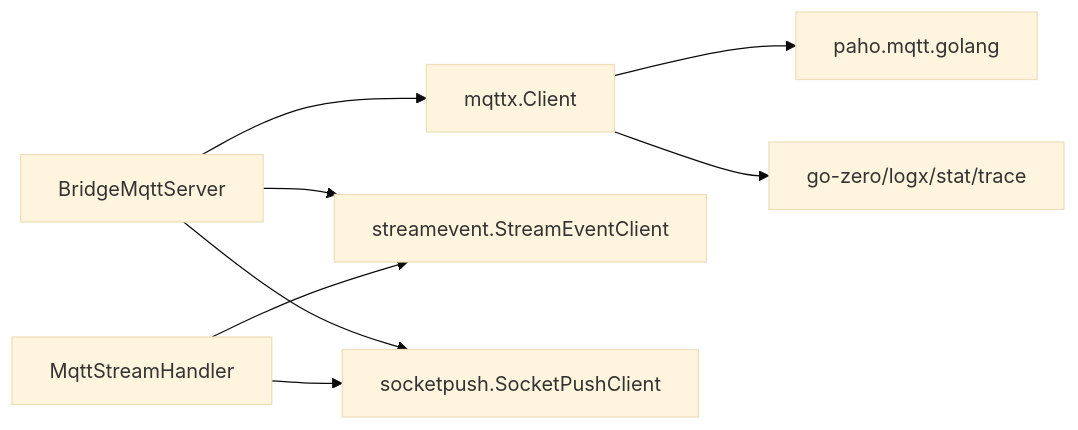
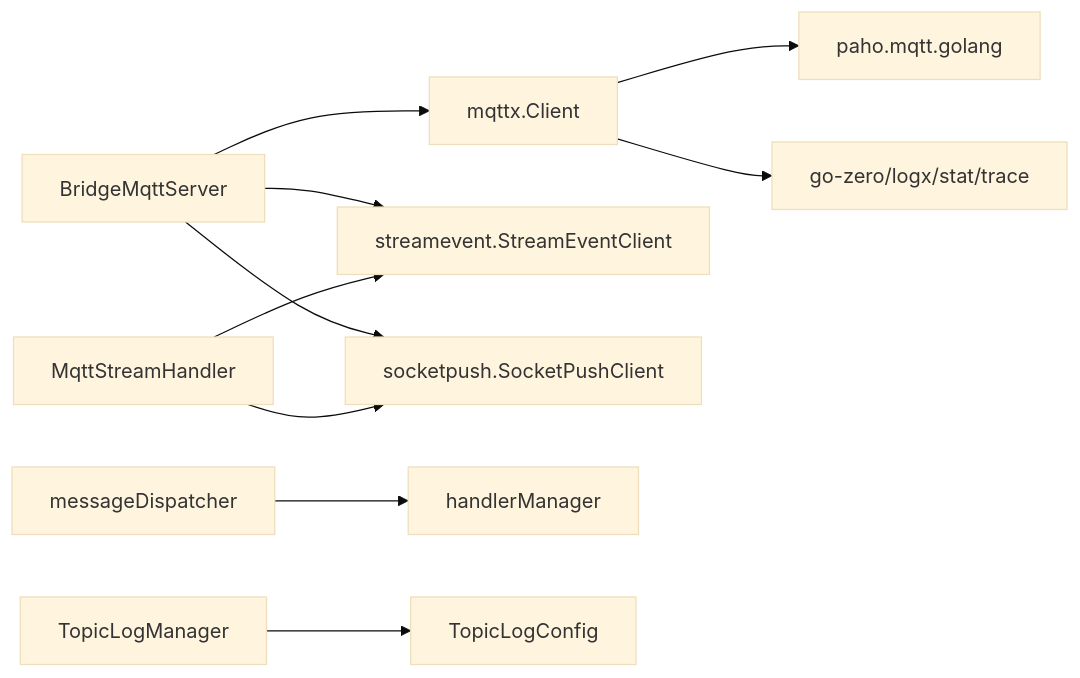
Before and after one commit to maomao94/zero-service: the sixth of 6 diagrams in .qoder/repowiki/zh/content/公共组件库/协议处理组件/MQTT协议处理组件.md, drawn with Mermaid (base theme). The commit also changed other lines of this file and 59 other files, not shown here.

````diff
--- a/.qoder/repowiki/zh/content/公共组件库/协议处理组件/MQTT协议处理组件.md
+++ b/.qoder/repowiki/zh/content/公共组件库/协议处理组件/MQTT协议处理组件.md
@@ -306,10 +346,12 @@
 ```mermaid
 graph LR
 A["mqttx.Client"] --> B["paho.mqtt.golang"]
 A --> C["go-zero/logx/stat/trace"]
 D["BridgeMqttServer"] --> A
 D --> E["streamevent.StreamEventClient"]
 D --> F["socketpush.SocketPushClient"]
 G["MqttStreamHandler"] --> E
 G --> F
+H["messageDispatcher"] --> I["handlerManager"]
+J["TopicLogManager"] --> K["TopicLogConfig"]
 ```
````
